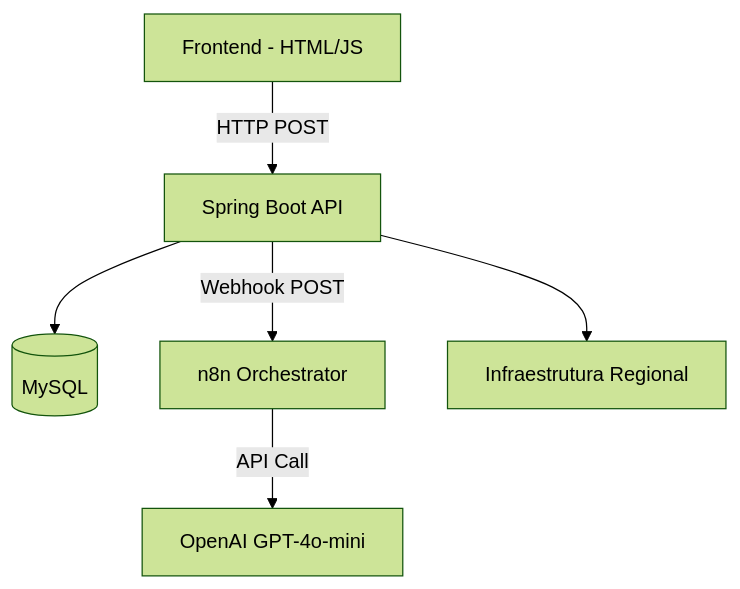
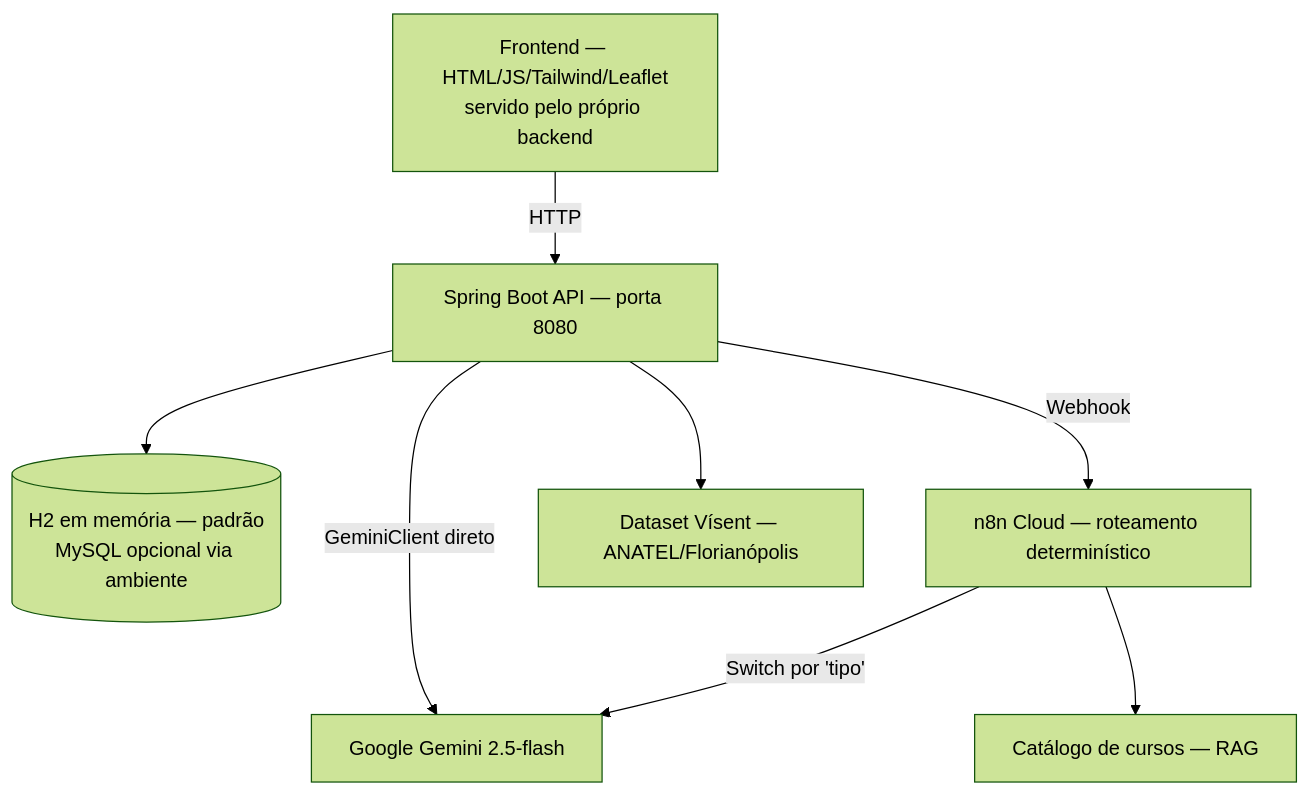
One commit to No-Country-simulation/S06-26-AB-EQUIPE-68 changed the second of 2 diagrams in README.md. Above: the diagram before and after it, drawn with Mermaid (forest theme). The commit also changed other lines of this file, not shown here.

Commit message:
docs(readme): reescreve README fiel à arquitetura atual — Gemini 2.5-flash, n8n Cloud, H2 + modo demo, CVV determinístico, 29 endpoints e guia de execução funcional

````diff
--- a/README.md
+++ b/README.md
@@ -219,21 +227,25 @@
 ```mermaid
 graph TD
 
-UI[Frontend - HTML/JS]
+UI[Frontend — HTML/JS/Tailwind/Leaflet<br/>servido pelo próprio backend]
 
-API[Spring Boot API]
+API[Spring Boot API — porta 8080]
 
-DB[(MySQL)]
+DB[(H2 em memória — padrão<br/>MySQL opcional via ambiente)]
 
-N8N[n8n Orchestrator]
+N8N[n8n Cloud — roteamento determinístico]
 
-AI[OpenAI GPT-4o-mini]
+AI[Google Gemini 2.5-flash]
 
-INFRA[Infraestrutura Regional]
+RAG[Catálogo de cursos — RAG]
 
-UI -->|HTTP POST| API
+VISENT[Dataset Vísent — ANATEL/Florianópolis]
+
+UI -->|HTTP| API
 API --> DB
-API -->|Webhook POST| N8N
-N8N -->|API Call| AI
-API --> INFRA
+API -->|Webhook| N8N
+N8N -->|Switch por 'tipo'| AI
+N8N --> RAG
+API -->|GeminiClient direto| AI
+API --> VISENT
 ```
````
